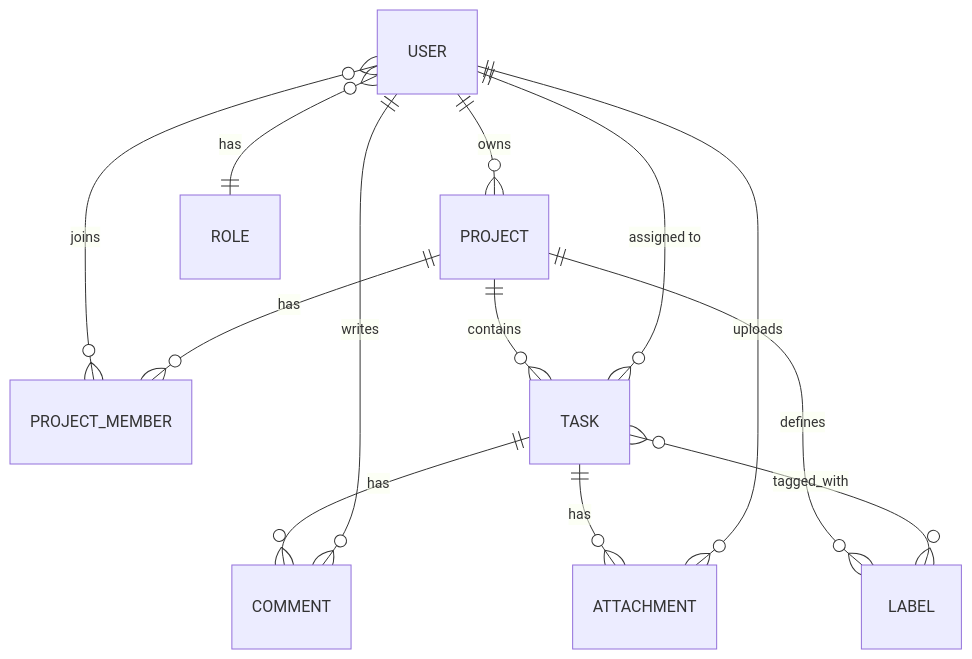
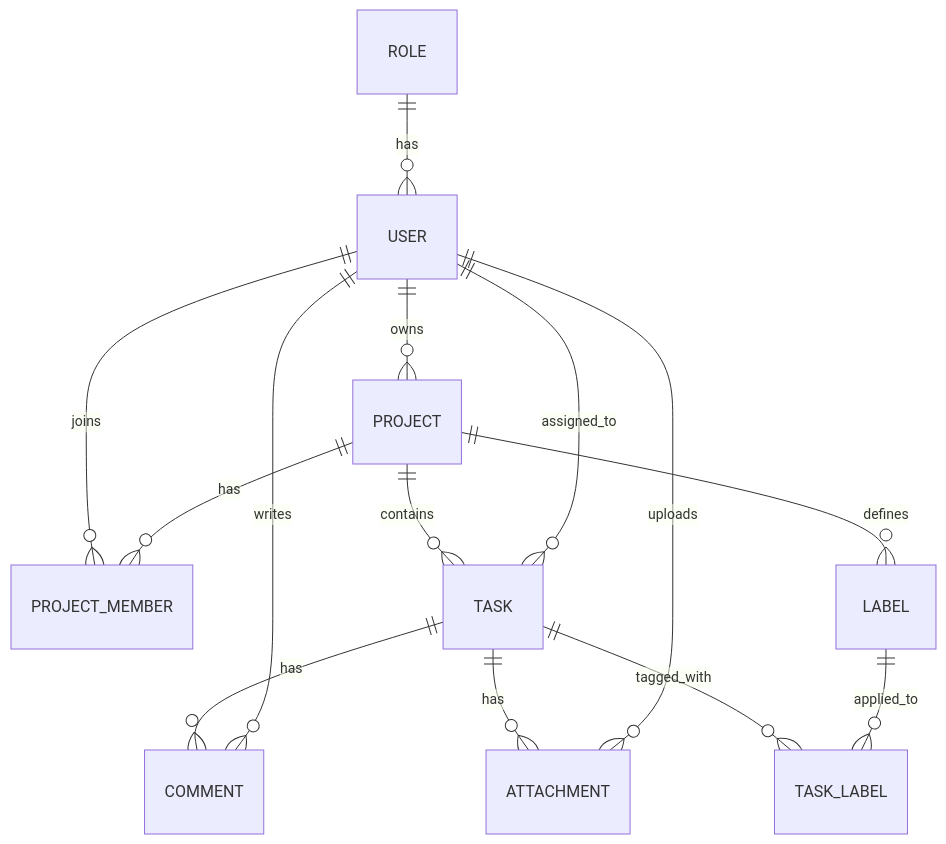
One commit to AndriiAlieksieienko/task-management-app changed the diagram in README.md. Above: the diagram before and after it, drawn with Mermaid.

Commit message:
changed the model diagram

````diff
--- a/README.md
+++ b/README.md
@@ -288,15 +288,16 @@
 ```mermaid
 erDiagram
     USER ||--o{ PROJECT : owns
-    USER }o--o{ PROJECT_MEMBER : joins
+    USER ||--o{ PROJECT_MEMBER : joins
     PROJECT ||--o{ PROJECT_MEMBER : has
     PROJECT ||--o{ TASK : contains
     PROJECT ||--o{ LABEL : defines
-    USER ||--o{ TASK : "assigned to"
+    USER ||--o{ TASK : assigned_to
     TASK ||--o{ COMMENT : has
     USER ||--o{ COMMENT : writes
     TASK ||--o{ ATTACHMENT : has
     USER ||--o{ ATTACHMENT : uploads
-    TASK }o--o{ LABEL : tagged_with
-    USER }o--|| ROLE : has
+    TASK ||--o{ TASK_LABEL : tagged_with
+    LABEL ||--o{ TASK_LABEL : applied_to
+    ROLE ||--o{ USER : has
 ```
````
